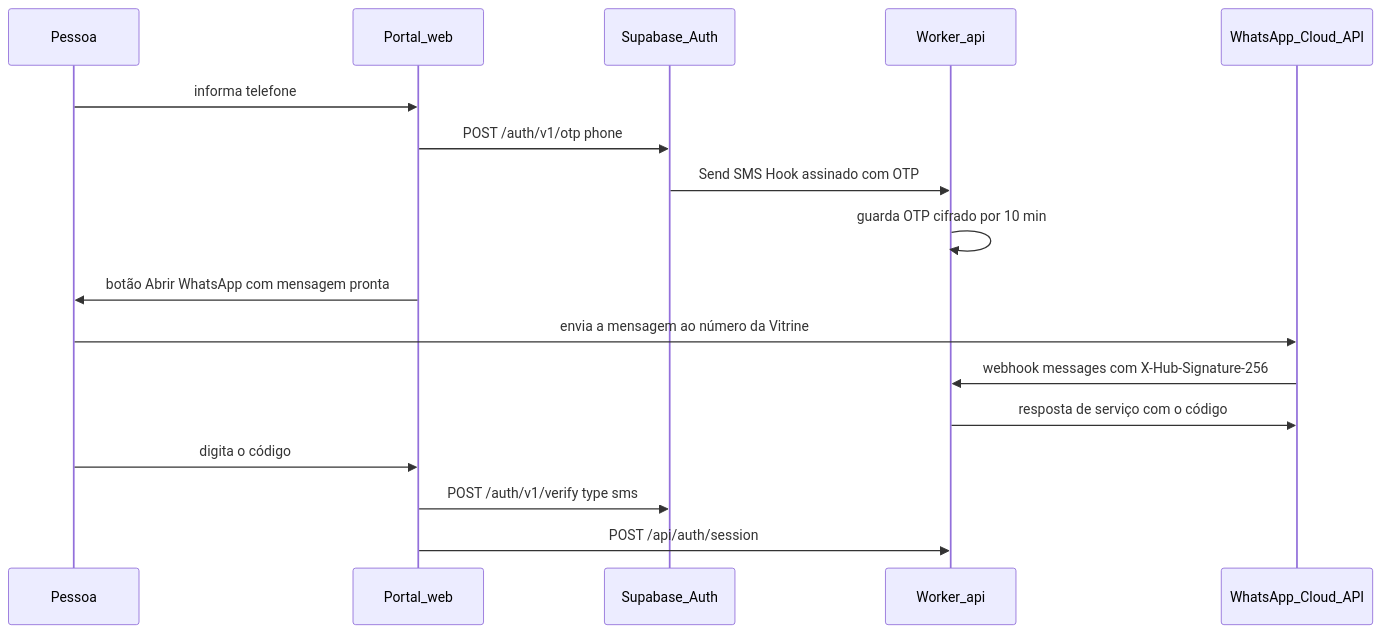
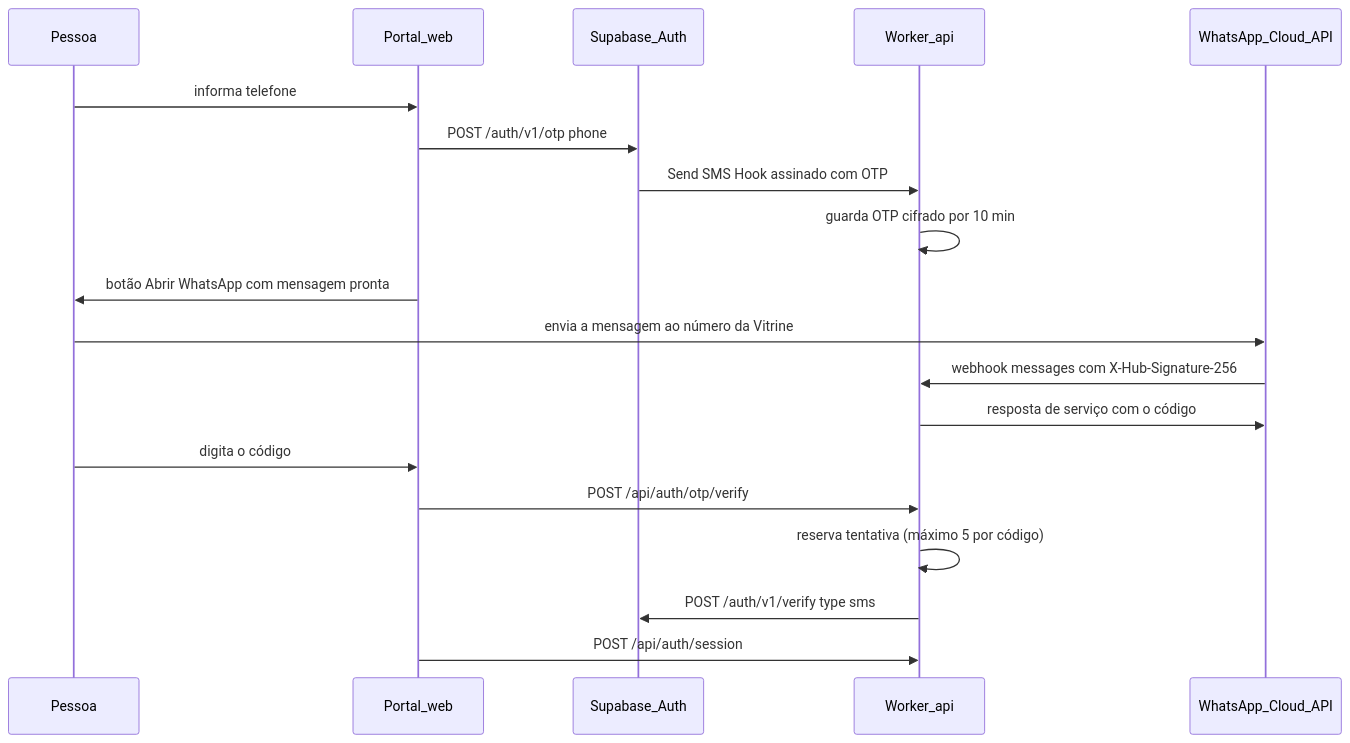
Before and after one commit to coletivo-inspira/vitrine: the diagram in specs/017-login-multiplo/plan.md, drawn with Mermaid. The commit also changed other lines of this file and 10 other files, not shown here.

````diff
--- a/specs/017-login-multiplo/plan.md
+++ b/specs/017-login-multiplo/plan.md
@@ -11,19 +11,21 @@
 ```mermaid
 sequenceDiagram
   participant P as Pessoa
   participant Portal as Portal_web
   participant SB as Supabase_Auth
   participant W as Worker_api
   participant WA as WhatsApp_Cloud_API
   P->>Portal: informa telefone
   Portal->>SB: POST /auth/v1/otp phone
   SB->>W: Send SMS Hook assinado com OTP
   W->>W: guarda OTP cifrado por 10 min
   Portal->>P: botão Abrir WhatsApp com mensagem pronta
   P->>WA: envia a mensagem ao número da Vitrine
   WA->>W: webhook messages com X-Hub-Signature-256
   W->>WA: resposta de serviço com o código
   P->>Portal: digita o código
-  Portal->>SB: POST /auth/v1/verify type sms
+  Portal->>W: POST /api/auth/otp/verify
+  W->>W: reserva tentativa (máximo 5 por código)
+  W->>SB: POST /auth/v1/verify type sms
   Portal->>W: POST /api/auth/session
 ```
````
